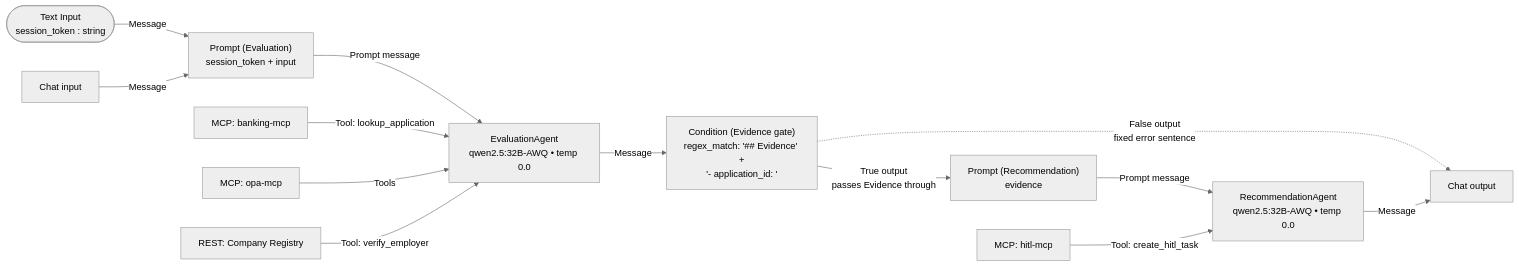
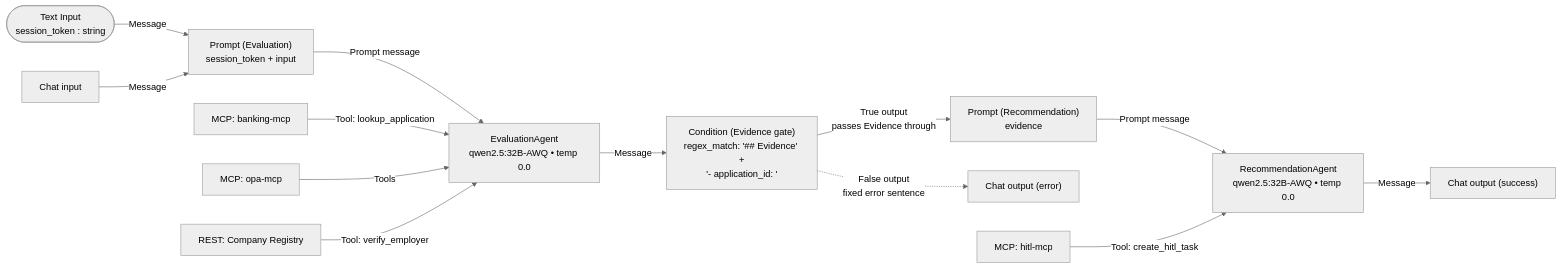
The diagram in paf/flows/CHAT_WORKFLOW.md (vmleon/oracle-database-private-agent-factory-poc), drawn with Mermaid (neutral theme) before and after one commit. The commit also changed other lines of this file and 1 other file, not shown here.

Commit message:
docs(chat_workflow): split chat output per branch + log issue

````diff
--- a/paf/flows/CHAT_WORKFLOW.md
+++ b/paf/flows/CHAT_WORKFLOW.md
@@ -70,18 +70,18 @@
 ```mermaid
 flowchart LR
     TOK(["Text Input<br/>session_token : string"]) -->|Message| EP
     CI["Chat input"] -->|Message| EP
     EP["Prompt (Evaluation)<br/>session_token + input"] -->|Prompt message| EA
     BNK["MCP: banking-mcp"] -->|Tool: lookup_application| EA
     OPA["MCP: opa-mcp"] -->|Tools| EA["EvaluationAgent<br/>qwen2.5:32B-AWQ • temp 0.0"]
     REG["REST: Company Registry"] -->|Tool: verify_employer| EA
 
     EA -->|Message| GATE["Condition (Evidence gate)<br/>regex_match: '## Evidence' +<br/>'- application_id: <int>'"]
     GATE -->|True output<br/>passes Evidence through| RP["Prompt (Recommendation)<br/>evidence"]
-    GATE -.->|False output<br/>fixed error sentence| CO["Chat output"]
+    GATE -.->|False output<br/>fixed error sentence| COE["Chat output (error)"]
 
     RP -->|Prompt message| RA["RecommendationAgent<br/>qwen2.5:32B-AWQ • temp 0.0"]
     HITL["MCP: hitl-mcp"] -->|Tool: create_hitl_task| RA
 
-    RA -->|Message| CO["Chat output"]
+    RA -->|Message| COS["Chat output (success)"]
 ```
````
